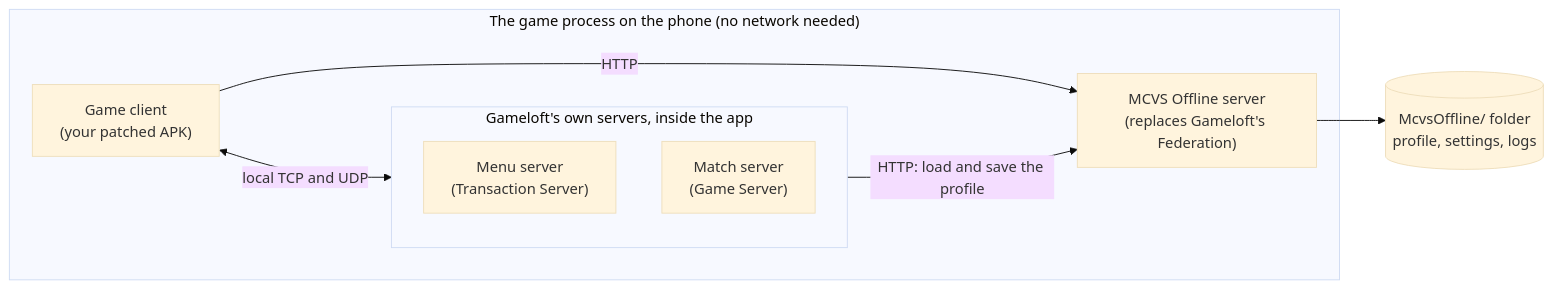
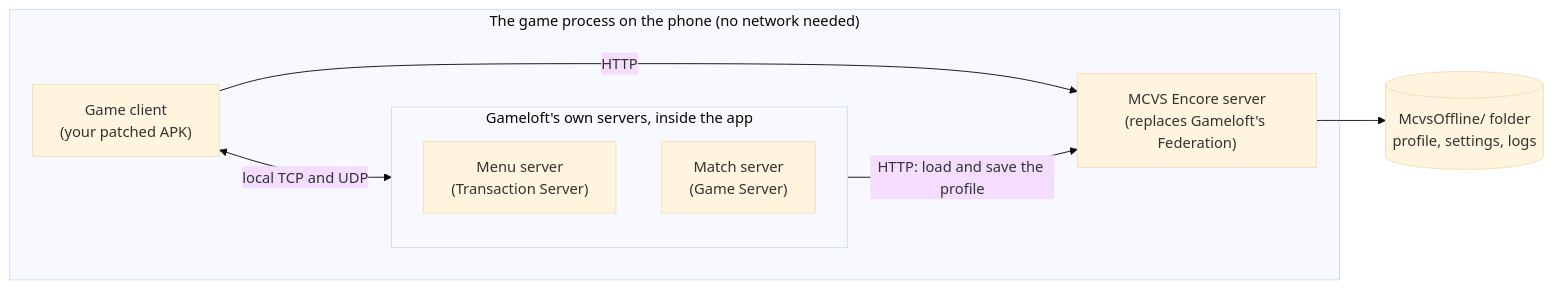
One commit to Swarce/mcvs-offline changed the diagram in README.md. Above: the diagram before and after it, drawn with Mermaid (base theme). The commit also changed other lines of this file and 110 other files, not shown here.

First line of the commit message:
Rename the project to MCVS Encore; the owner's logo in the README; CI timing fix

````diff
--- a/README.md
+++ b/README.md
@@ -135,17 +137,17 @@
 ```mermaid
 flowchart LR
   subgraph proc["The game process on the phone (no network needed)"]
     client["Game client<br/>(your patched APK)"]
     subgraph worlds["Gameloft's own servers, inside the app"]
       ts["Menu server<br/>(Transaction Server)"]
       gs["Match server<br/>(Game Server)"]
     end
-    fed["MCVS Offline server<br/>(replaces Gameloft's Federation)"]
+    fed["MCVS Encore server<br/>(replaces Gameloft's Federation)"]
   end
   disk[("McvsOffline/ folder<br/>profile, settings, logs")]
 
   client <-->|local TCP and UDP| worlds
   client -->|HTTP| fed
   worlds -->|HTTP: load and save the profile| fed
   fed --> disk
 ```
````
